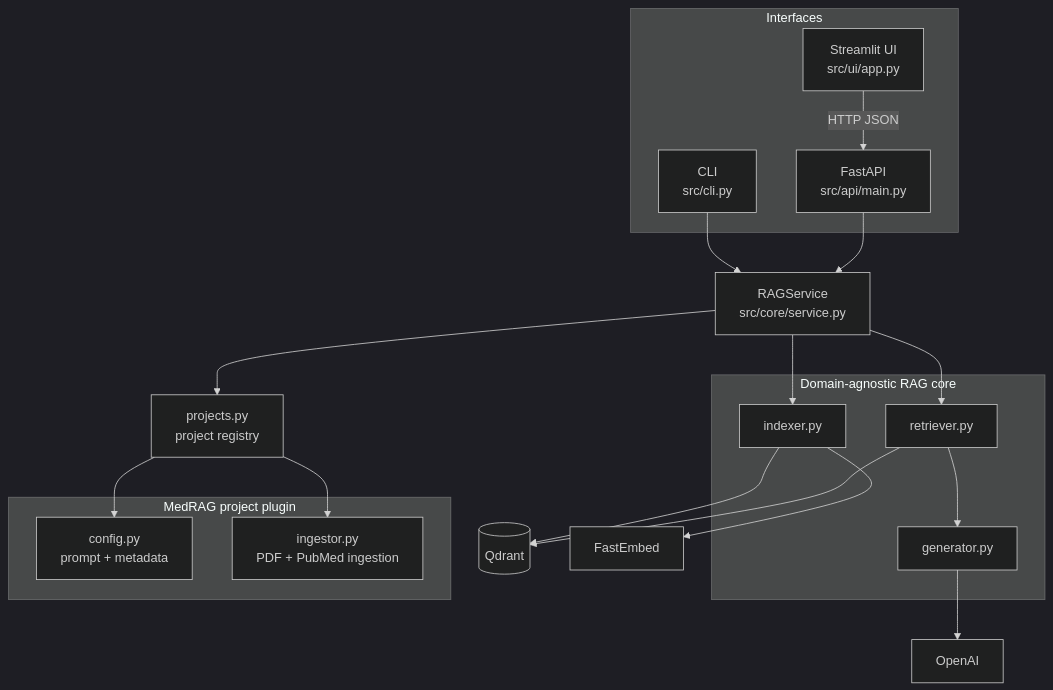
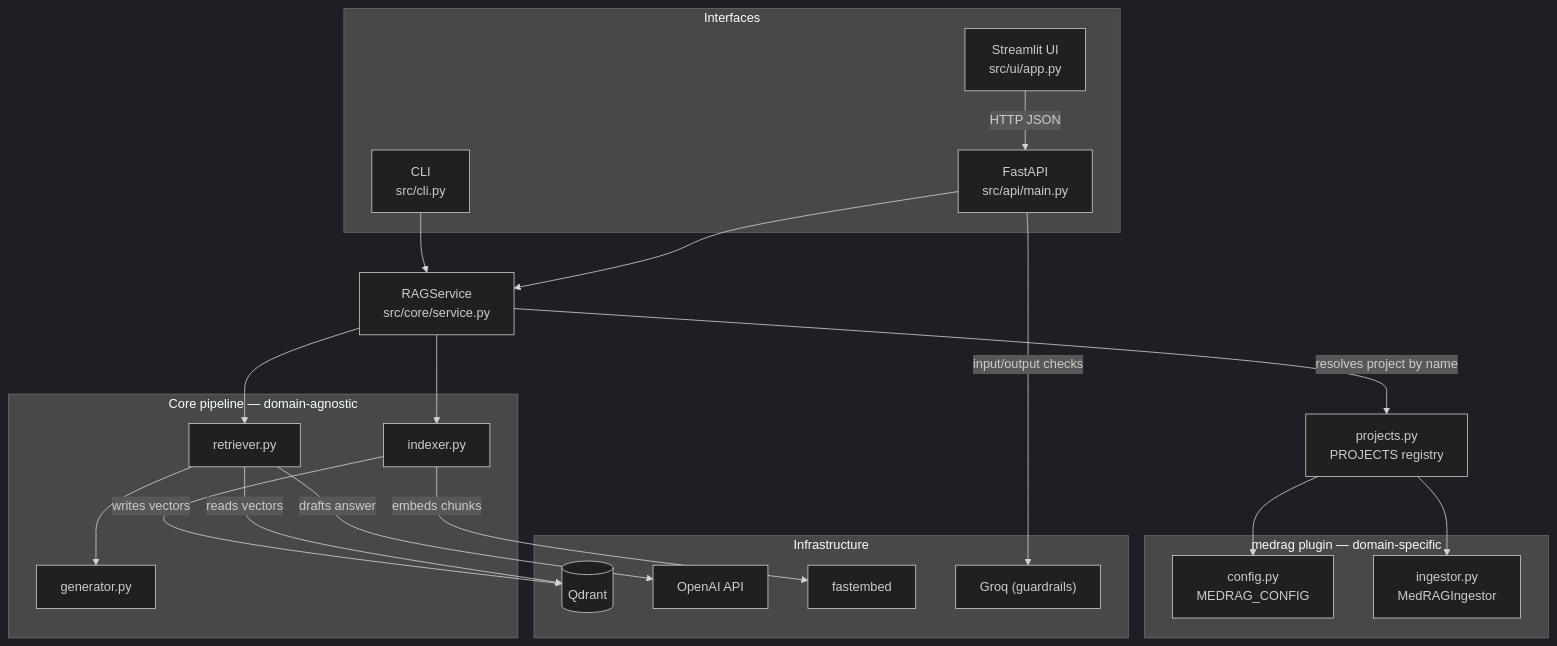
The first of 5 diagrams in README.md (AlwaysAditya/MedRAG-with-LlamaIndex), drawn with Mermaid (dark theme) before and after one commit. The commit also changed other lines of this file and 29 other files, not shown here.

````diff
--- a/README.md
+++ b/README.md
@@ -26,41 +22,45 @@
 ```mermaid
 flowchart TB
   subgraph IF["Interfaces"]
     CLI["CLI<br/>src/cli.py"]
     API["FastAPI<br/>src/api/main.py"]
     UI["Streamlit UI<br/>src/ui/app.py"]
   end
 
   SVC["RAGService<br/>src/core/service.py"]
 
-  subgraph CORE["Domain-agnostic RAG core"]
-    IDX["indexer.py"]
+  subgraph CORE["Core pipeline — domain-agnostic"]
+    IDXR["indexer.py"]
     RET["retriever.py"]
     GEN["generator.py"]
   end
 
-  REG["projects.py<br/>project registry"]
+  PROJ["projects.py<br/>PROJECTS registry"]
 
-  subgraph MED["MedRAG project plugin"]
-    CFG["config.py<br/>prompt + metadata"]
-    ING["ingestor.py<br/>PDF + PubMed ingestion"]
+  subgraph PLUG["medrag plugin — domain-specific"]
+    CFG["config.py<br/>MEDRAG_CONFIG"]
+    ING["ingestor.py<br/>MedRAGIngestor"]
   end
 
-  QD[(Qdrant)]
-  FE["FastEmbed"]
-  OAI["OpenAI"]
+  subgraph INFRA["Infrastructure"]
+    QD[(Qdrant)]
+    OAI["OpenAI API"]
+    FE["fastembed"]
+    GRQ["Groq (guardrails)"]
+  end
 
   UI -->|HTTP JSON| API
   CLI --> SVC
   API --> SVC
-  SVC --> REG
-  REG --> CFG
-  REG --> ING
-  SVC --> IDX
+  SVC --> IDXR
   SVC --> RET
   RET --> GEN
-  IDX --> FE
-  IDX --> QD
-  RET --> QD
-  GEN --> OAI
+  SVC -->|resolves project by name| PROJ
+  PROJ --> CFG
+  PROJ --> ING
+  IDXR -->|writes vectors| QD
+  RET -->|reads vectors| QD
+  RET -->|drafts answer| OAI
+  IDXR -->|embeds chunks| FE
+  API -->|input/output checks| GRQ
 ```
````
